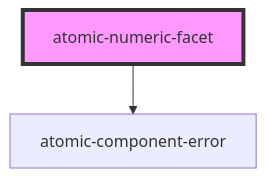
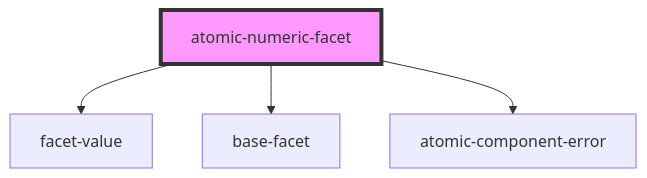
One commit to coveo/ui-kit changed the diagram in packages/atomic/src/components/facets/atomic-numeric-facet/readme.md. Above: the diagram before and after it, drawn with Mermaid. The commit also changed other lines of this file and 8 other files, not shown here.

````diff
--- a/packages/atomic/src/components/facets/atomic-numeric-facet/readme.md
+++ b/packages/atomic/src/components/facets/atomic-numeric-facet/readme.md
@@ -24,5 +26,7 @@
 ```mermaid
 graph TD;
+  atomic-numeric-facet --> facet-value
+  atomic-numeric-facet --> base-facet
   atomic-numeric-facet --> atomic-component-error
   style atomic-numeric-facet fill:#f9f,stroke:#333,stroke-width:4px
 ```
````
